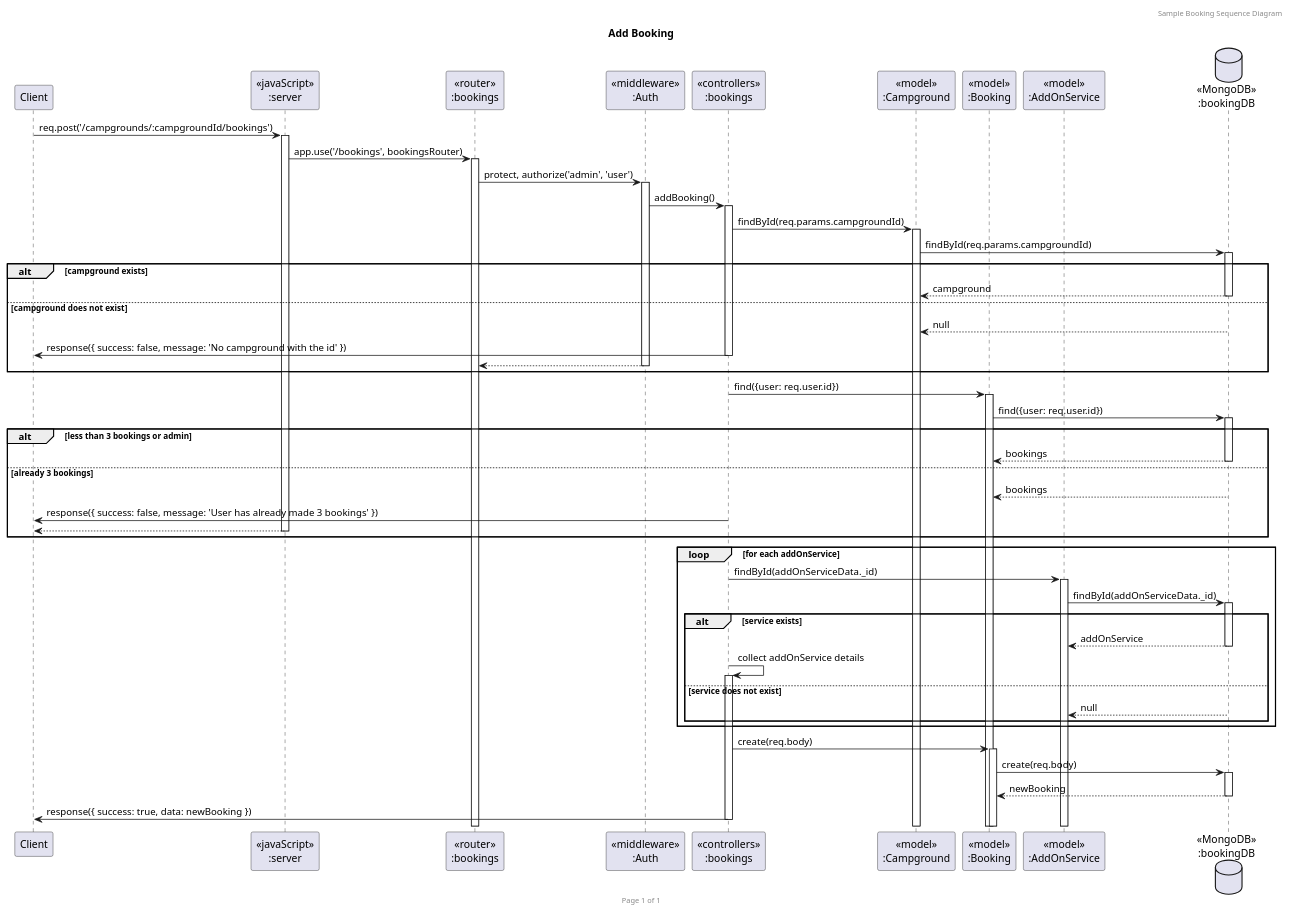
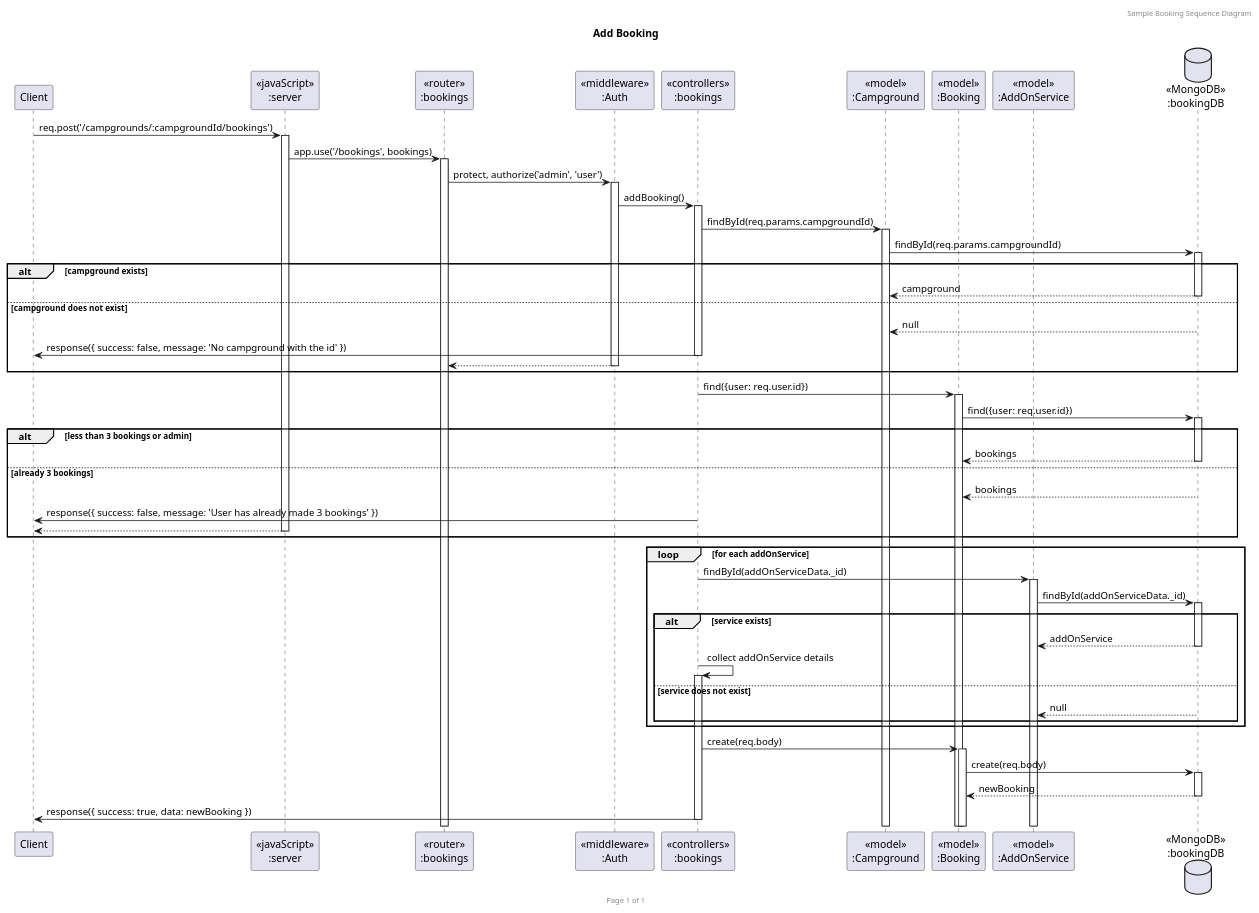
The diagram in PlantUML/campground/SequenceDiagram/Booking/PostCreate.puml (nattapatten/211503-Campground), drawn with PlantUML before and after one commit. The commit also changed 12 other files, not shown here.

```diff
--- a/PlantUML/campground/SequenceDiagram/Booking/PostCreate.puml
+++ b/PlantUML/campground/SequenceDiagram/Booking/PostCreate.puml
@@ -1,58 +1,58 @@
 @startuml Add Booking
 
 header Sample Booking Sequence Diagram
 footer Page %page% of %lastpage%
 title "Add Booking"
 
 participant "Client" as client
 participant "<<javaScript>>\n:server" as server
 participant "<<router>>\n:bookings" as routerBookings
 participant "<<middleware>>\n:Auth" as AuthMiddleware
 participant "<<controllers>>\n:bookings" as controllersBookings
 participant "<<model>>\n:Campground" as modelCampground
 participant "<<model>>\n:Booking" as modelBooking
 participant "<<model>>\n:AddOnService" as modelAddOnService
 database "<<MongoDB>>\n:bookingDB" as BookingDatabase
 
 client->server ++: req.post('/campgrounds/:campgroundId/bookings')
-server->routerBookings ++: app.use('/bookings', bookingsRouter)
+server->routerBookings ++: app.use('/bookings', bookings)
 routerBookings -> AuthMiddleware ++: protect, authorize('admin', 'user')
 AuthMiddleware -> controllersBookings ++: addBooking()
 
 controllersBookings -> modelCampground ++: findById(req.params.campgroundId)
 modelCampground -> BookingDatabase ++: findById(req.params.campgroundId)
 alt campground exists
     BookingDatabase --> modelCampground --: campground
 else campground does not exist
     BookingDatabase --> modelCampground --: null
     controllersBookings->client --: response({ success: false, message: 'No campground with the id' })
     return
 end
 
 controllersBookings -> modelBooking ++: find({user: req.user.id})
 modelBooking -> BookingDatabase ++: find({user: req.user.id})
 alt less than 3 bookings or admin
     BookingDatabase --> modelBooking --: bookings
 else already 3 bookings
     BookingDatabase --> modelBooking --: bookings
     controllersBookings->client --: response({ success: false, message: 'User has already made 3 bookings' })
     return
 end
 
 loop for each addOnService
     controllersBookings -> modelAddOnService ++: findById(addOnServiceData._id)
     modelAddOnService -> BookingDatabase ++: findById(addOnServiceData._id)
     alt service exists
         BookingDatabase --> modelAddOnService --: addOnService
         controllersBookings -> controllersBookings ++: collect addOnService details
     else service does not exist
         BookingDatabase --> modelAddOnService --: null
     end
 end
 
 controllersBookings -> modelBooking ++: create(req.body)
 modelBooking -> BookingDatabase ++: create(req.body)
 BookingDatabase --> modelBooking --: newBooking
 controllersBookings->client --: response({ success: true, data: newBooking })
 
 @enduml
```
